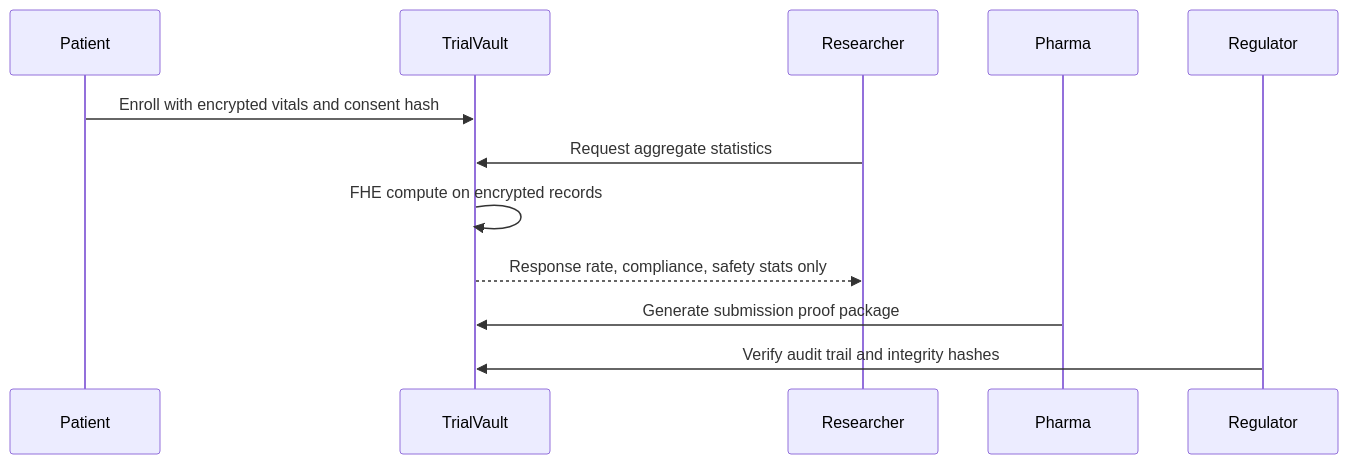
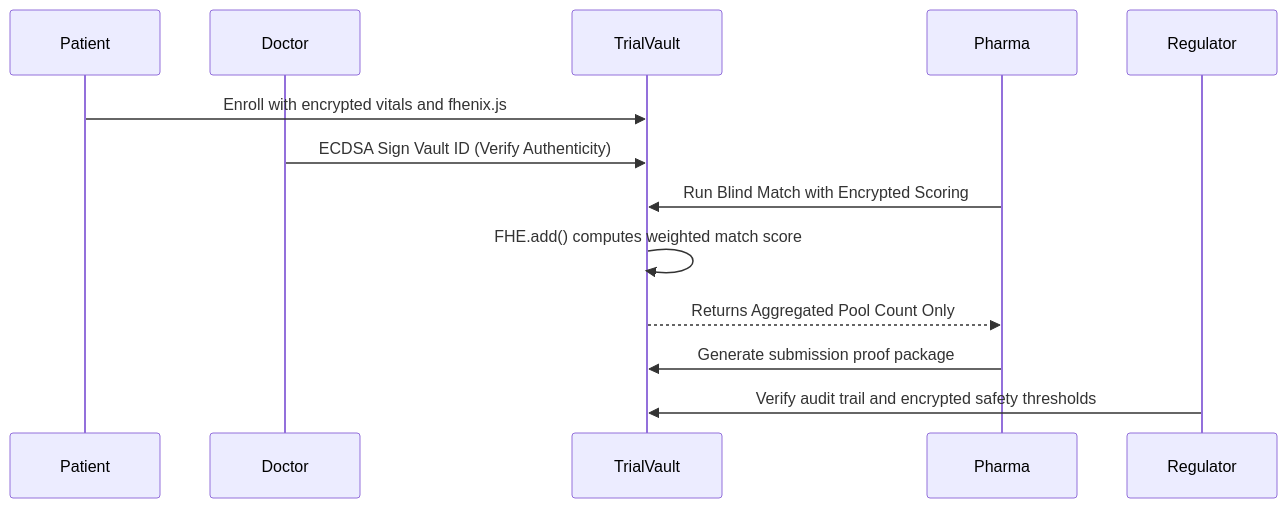
One commit to dehixorg/trialVault changed the diagram in README.md. Above: the diagram before and after it, drawn with Mermaid. The commit also changed other lines of this file, not shown here.

Commit message:
docs: update README with V3 features, Doctor Portal, and Render live API URL

````diff
--- a/README.md
+++ b/README.md
@@ -26,15 +32,16 @@
 ```mermaid
 sequenceDiagram
     participant Patient
+    participant Doctor
     participant TrialVault
-    participant Researcher
     participant Pharma
     participant Regulator
 
-    Patient->>TrialVault: Enroll with encrypted vitals and consent hash
-    Researcher->>TrialVault: Request aggregate statistics
-    TrialVault->>TrialVault: FHE compute on encrypted records
-    TrialVault-->>Researcher: Response rate, compliance, safety stats only
+    Patient->>TrialVault: Enroll with encrypted vitals and fhenix.js
+    Doctor->>TrialVault: ECDSA Sign Vault ID (Verify Authenticity)
+    Pharma->>TrialVault: Run Blind Match with Encrypted Scoring
+    TrialVault->>TrialVault: FHE.add() computes weighted match score
+    TrialVault-->>Pharma: Returns Aggregated Pool Count Only
     Pharma->>TrialVault: Generate submission proof package
-    Regulator->>TrialVault: Verify audit trail and integrity hashes
+    Regulator->>TrialVault: Verify audit trail and encrypted safety thresholds
 ```
````
